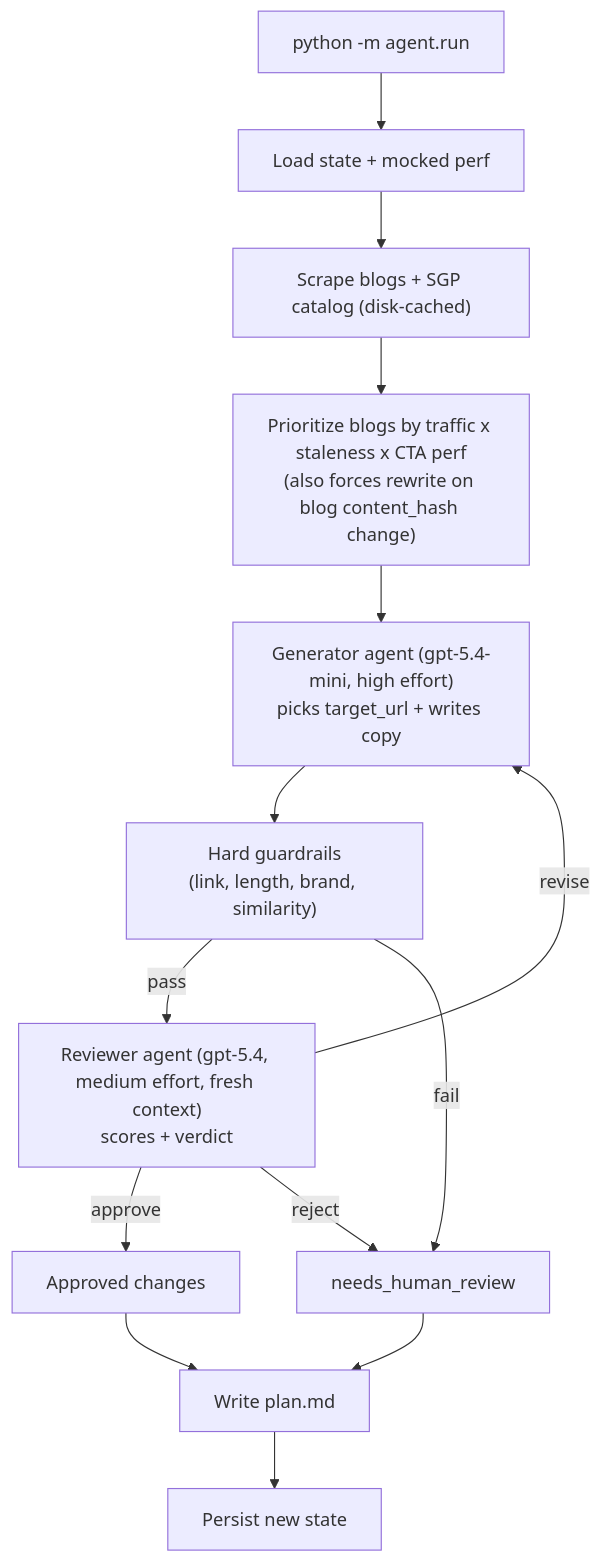
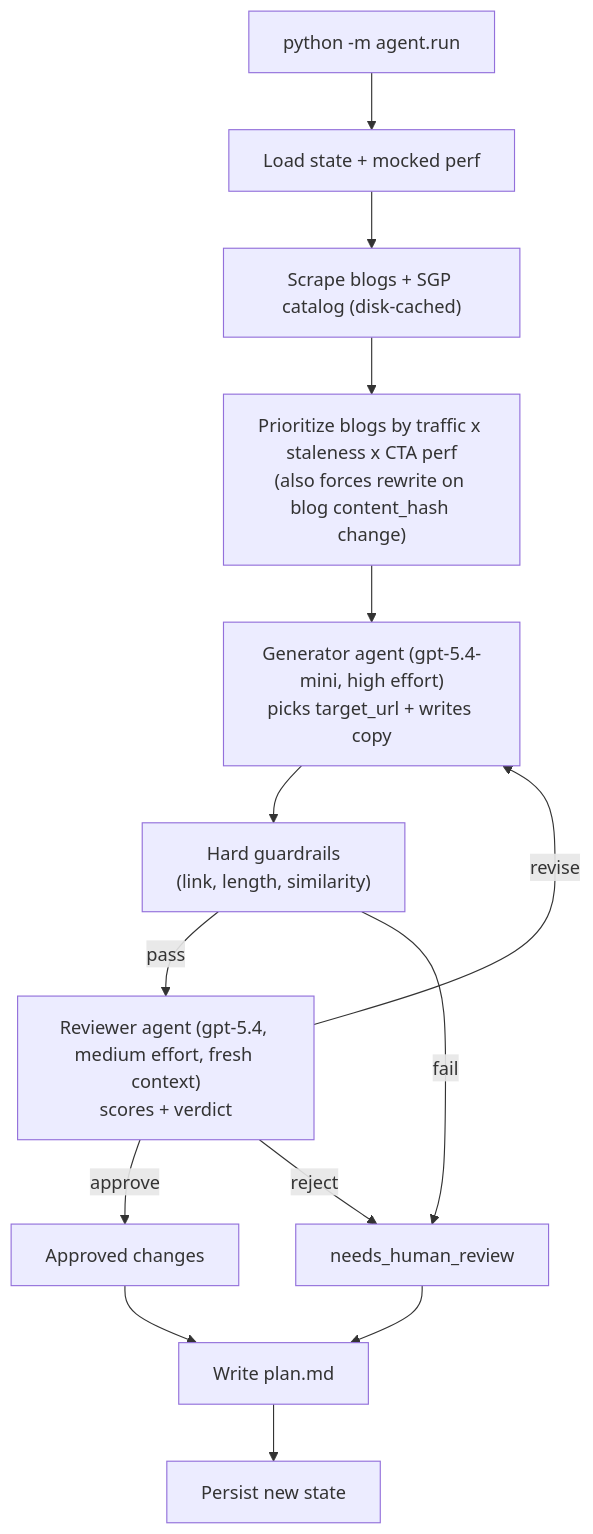
One commit to GradyGaugler/bold-growth-project changed the diagram in README.md. Above: the diagram before and after it, drawn with Mermaid. The commit also changed other lines of this file and 4 other files, not shown here.

````diff
--- a/README.md
+++ b/README.md
@@ -19,16 +19,16 @@
 ```mermaid
 flowchart TD
     runCmd["python -m agent.run"] --> loadState["Load state + mocked perf"]
     loadState --> scrape["Scrape blogs + SGP catalog (disk-cached)"]
     scrape --> prioritize["Prioritize blogs by traffic x staleness x CTA perf<br/>(also forces rewrite on blog content_hash change)"]
     prioritize --> generator["Generator agent (gpt-5.4-mini, high effort)<br/>picks target_url + writes copy"]
-    generator --> guardrails["Hard guardrails<br/>(link, length, brand, similarity)"]
+    generator --> guardrails["Hard guardrails<br/>(link, length, similarity)"]
     guardrails -->|pass| reviewer["Reviewer agent (gpt-5.4, medium effort, fresh context)<br/>scores + verdict"]
     guardrails -->|fail| humanQueue["needs_human_review"]
     reviewer -->|approve| approved["Approved changes"]
     reviewer -->|revise| generator
     reviewer -->|reject| humanQueue
     approved --> writeArtifacts["Write plan.md"]
     humanQueue --> writeArtifacts
     writeArtifacts --> persistState["Persist new state"]
 ```
````
